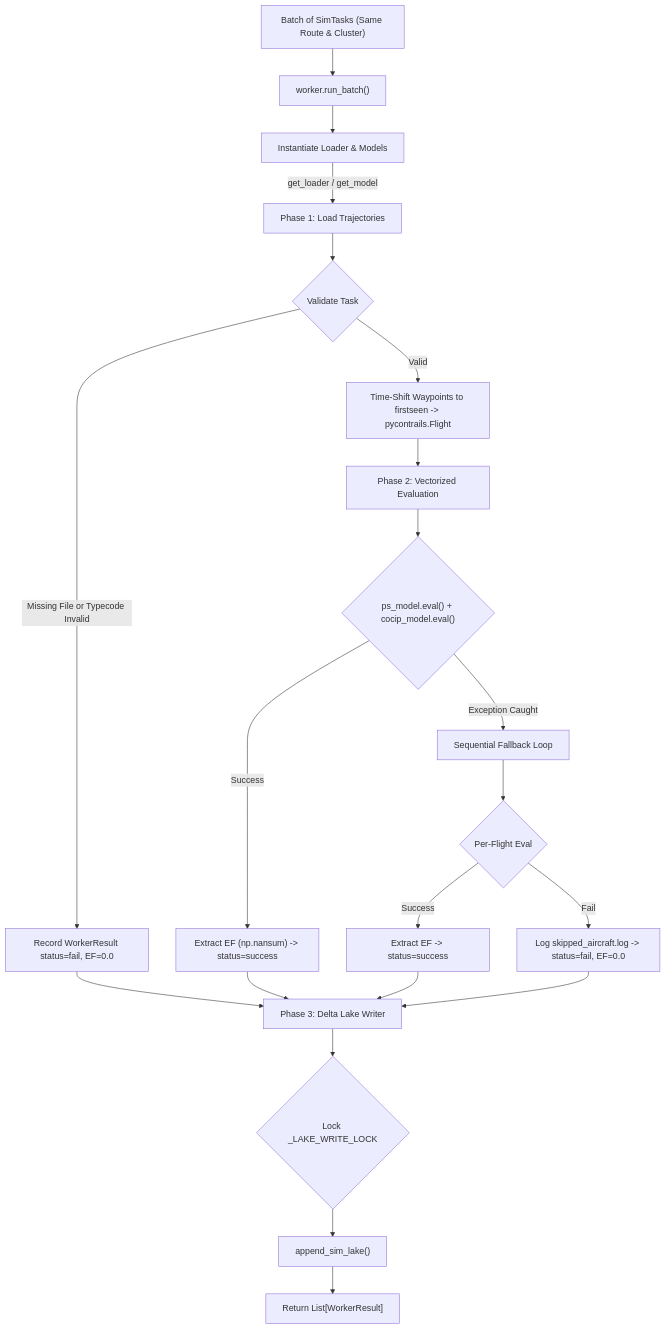
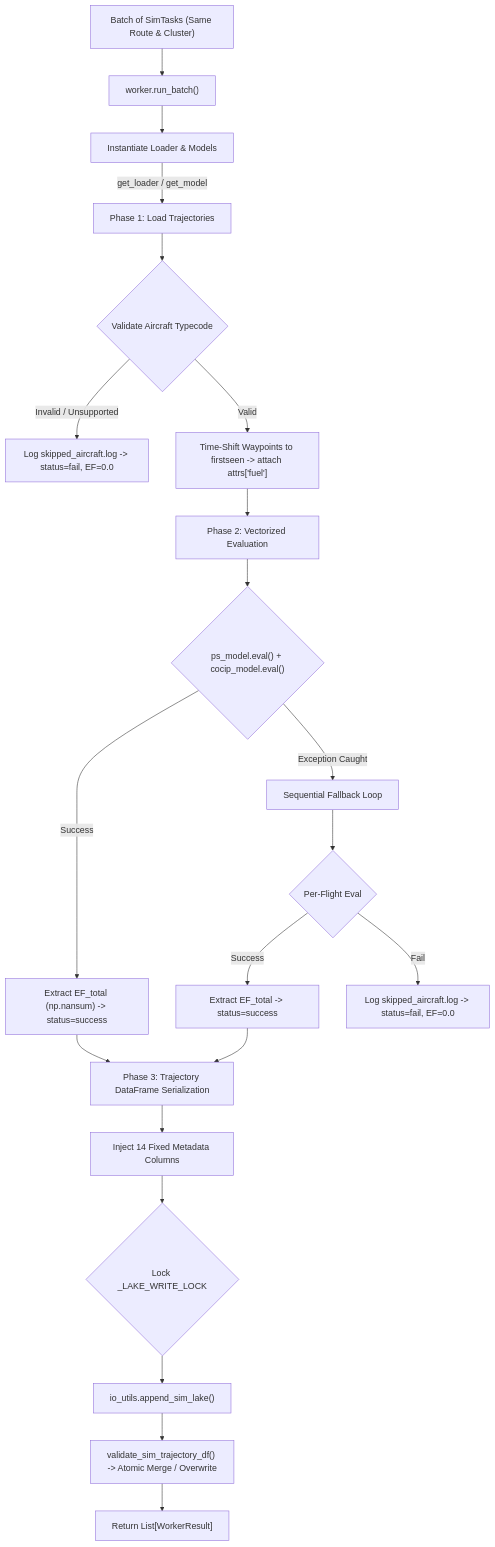
One commit to Bauzement123/flight-physics-pipeline changed the second of 2 diagrams in src/core/physics/README.md. Above: the diagram before and after it, drawn with Mermaid. The commit also changed other lines of this file and 8 other files, not shown here.

Commit message:
feat(physics,data_manager): formalize trajectory Delta Lake schema, runtime validation, and slot separation of concerns

````diff
--- a/src/core/physics/README.md
+++ b/src/core/physics/README.md
@@ -155,23 +159,22 @@
 ```mermaid
 flowchart TD
     A["Batch of SimTasks (Same Route & Cluster)"] --> B["worker.run_batch()"]
     B --> C["Instantiate Loader & Models"]
     C -->|"get_loader / get_model"| D["Phase 1: Load Trajectories"]
-    D --> E{"Validate Task"}
-    E -->|"Missing File or Typecode Invalid"| F["Record WorkerResult status=fail, EF=0.0"]
-    E -->|"Valid"| G["Time-Shift Waypoints to firstseen -> pycontrails.Flight"]
+    D --> E{"Validate Aircraft Typecode"}
+    E -->|"Invalid / Unsupported"| F["Log skipped_aircraft.log -> status=fail, EF=0.0"]
+    E -->|"Valid"| G["Time-Shift Waypoints to firstseen -> attach attrs['fuel']"]
     G --> H["Phase 2: Vectorized Evaluation"]
     H --> I{"ps_model.eval() + cocip_model.eval()"}
-    I -->|"Success"| J["Extract EF (np.nansum) -> status=success"]
+    I -->|"Success"| J["Extract EF_total (np.nansum) -> status=success"]
     I -->|"Exception Caught"| K["Sequential Fallback Loop"]
     K --> L{"Per-Flight Eval"}
-    L -->|"Success"| M["Extract EF -> status=success"]
+    L -->|"Success"| M["Extract EF_total -> status=success"]
     L -->|"Fail"| N["Log skipped_aircraft.log -> status=fail, EF=0.0"]
-    J --> O["Phase 3: Delta Lake Writer"]
-    F --> O
-    M --> O
-    N --> O
-    O --> P{"Lock _LAKE_WRITE_LOCK"}
-    P --> Q["append_sim_lake()"]
-    Q --> R["Return List[WorkerResult]"]
+    J & M --> O["Phase 3: Trajectory DataFrame Serialization"]
+    O --> P["Inject 14 Fixed Metadata Columns"]
+    P --> Q{"Lock _LAKE_WRITE_LOCK"}
+    Q --> R["io_utils.append_sim_lake()"]
+    R --> S["validate_sim_trajectory_df() -> Atomic Merge / Overwrite"]
+    S --> T["Return List[WorkerResult]"]
 ```
````
